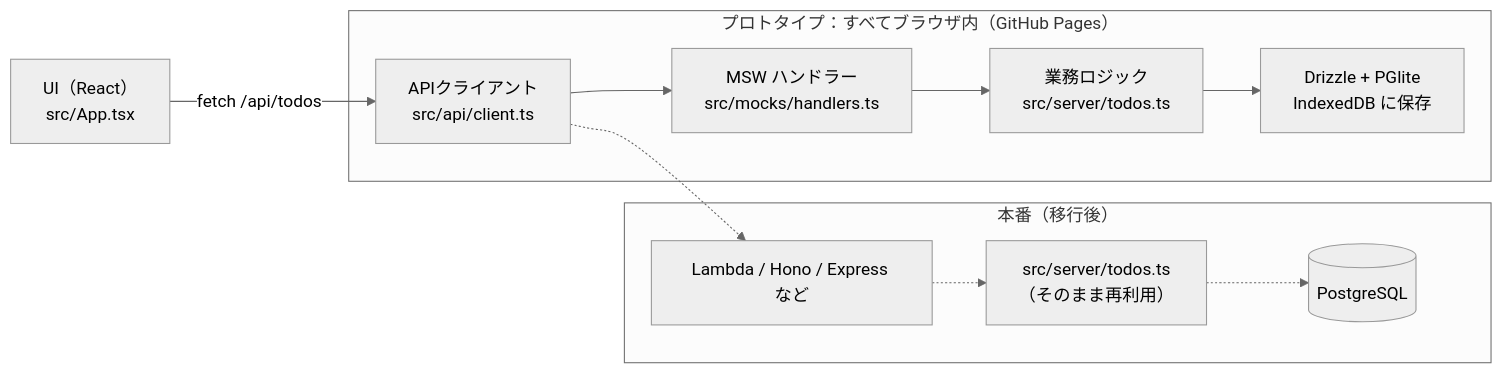
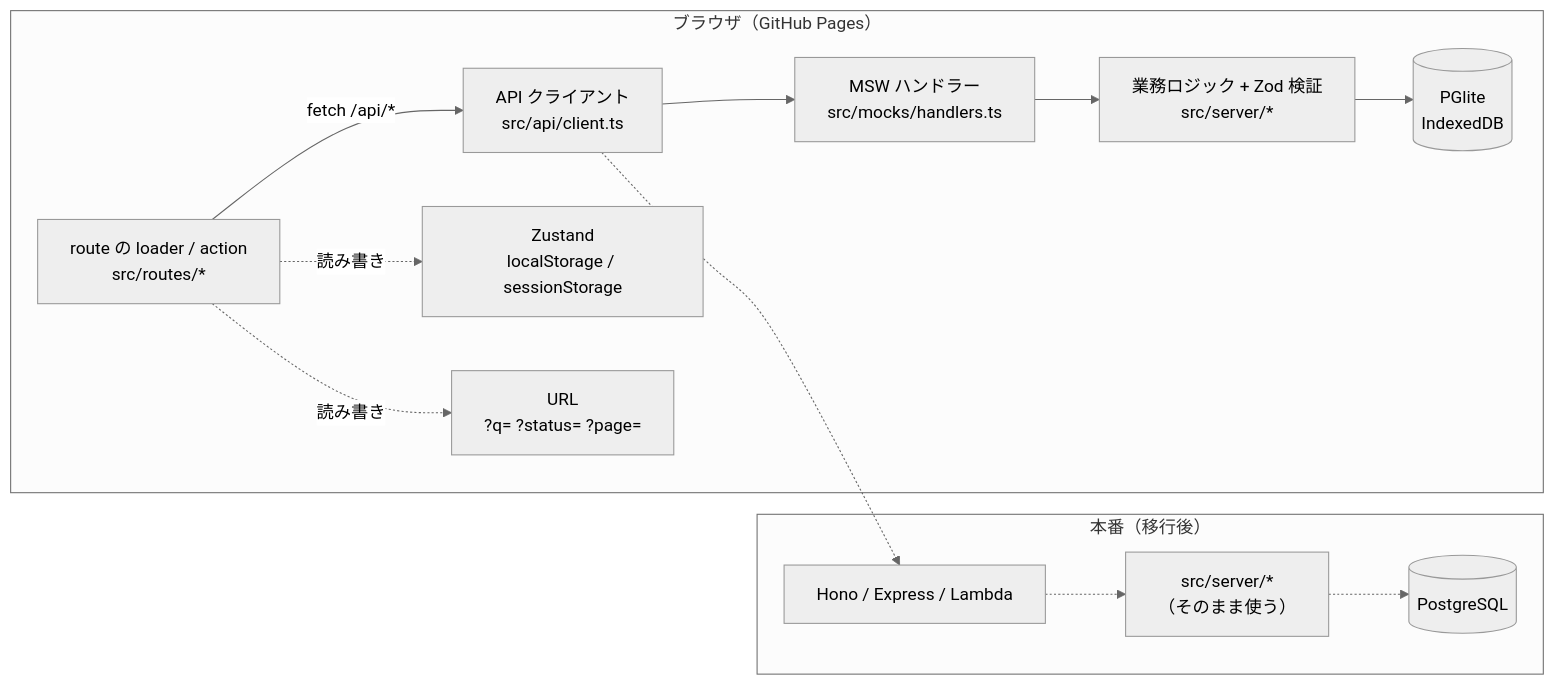
Before and after one commit to daisuke-awaji/pglite-drizzle-msw-sample: the first of 2 diagrams in README.md, drawn with Mermaid (neutral theme). The commit also changed other lines of this file and 67 other files, not shown here.

````diff
--- a/README.md
+++ b/README.md
@@ -13,14 +45,16 @@
 ```mermaid
 flowchart LR
-  UI["UI（React）<br/>src/App.tsx"] -->|"fetch /api/todos"| C["APIクライアント<br/>src/api/client.ts"]
-  subgraph browser["プロトタイプ：すべてブラウザ内（GitHub Pages）"]
+  subgraph browser["ブラウザ（GitHub Pages）"]
+    R["route の loader / action<br/>src/routes/*"] -->|fetch /api/*| C["API クライアント<br/>src/api/client.ts"]
     C --> M["MSW ハンドラー<br/>src/mocks/handlers.ts"]
-    M --> S["業務ロジック<br/>src/server/todos.ts"]
-    S --> D["Drizzle + PGlite<br/>IndexedDB に保存"]
+    M --> S["業務ロジック + Zod 検証<br/>src/server/*"]
+    S --> D[("PGlite<br/>IndexedDB")]
+    R -.読み書き.-> Z["Zustand<br/>localStorage / sessionStorage"]
+    R -.読み書き.-> U["URL<br/>?q= ?status= ?page="]
   end
   subgraph prod["本番（移行後）"]
-    C -.-> R["Lambda / Hono / Express など"]
-    R -.-> S2["src/server/todos.ts<br/>（そのまま再利用）"]
+    C -.-> H["Hono / Express / Lambda"]
+    H -.-> S2["src/server/*<br/>（そのまま使う）"]
     S2 -.-> P[("PostgreSQL")]
   end
 ```
````
